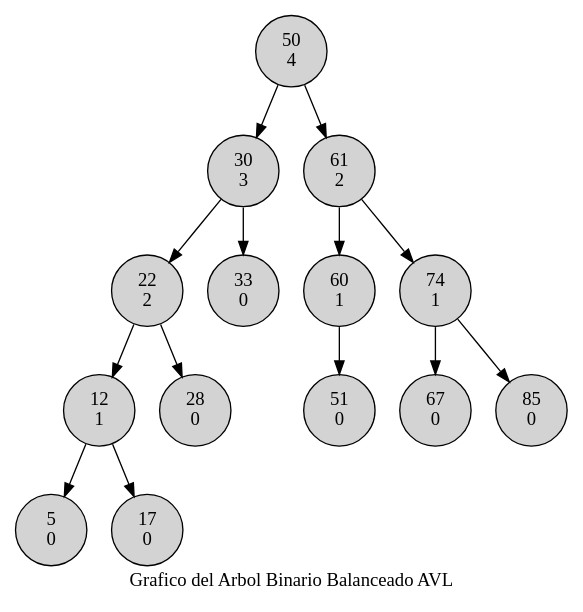
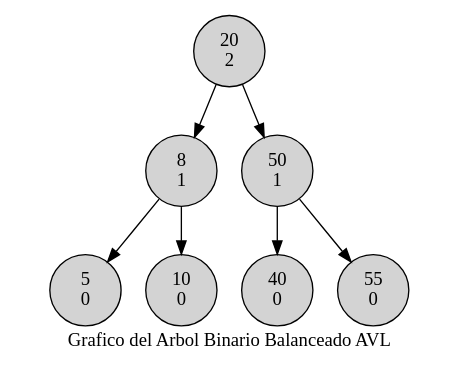
Before and after one commit to av-edson/EDD-Estructuras: the diagram in estructuras/Resultado/GraficaArbol.dot, drawn with Graphviz. The commit also changed 3 other files, not shown here.

```diff
--- a/estructuras/Resultado/GraficaArbol.dot
+++ b/estructuras/Resultado/GraficaArbol.dot
@@ -1,44 +1,23 @@
 digraph D{
 node [shape=circle style=filled ] 
 label= " Grafico del Arbol Binario Balanceado AVL " 
-"50
-4" -> "30
-3" 
-"30
-3" -> "22
-2" 
-"22
-2" -> "12
+"20
+2" -> "8
 1" 
-"12
+"8
 1" -> "5
 0" 
-"12
-1" -> "17
+"8
+1" -> "10
 0" 
-"22
-2" -> "28
-0" 
-"30
-3" -> "33
+"20
+2" -> "50
+1" 
+"50
+1" -> "40
 0" 
 "50
-4" -> "61
-2" 
-"61
-2" -> "60
-1" 
-"60
-1" -> "51
-0" 
-"61
-2" -> "74
-1" 
-"74
-1" -> "67
-0" 
-"74
-1" -> "85
+1" -> "55
 0" 
 
 }
```
